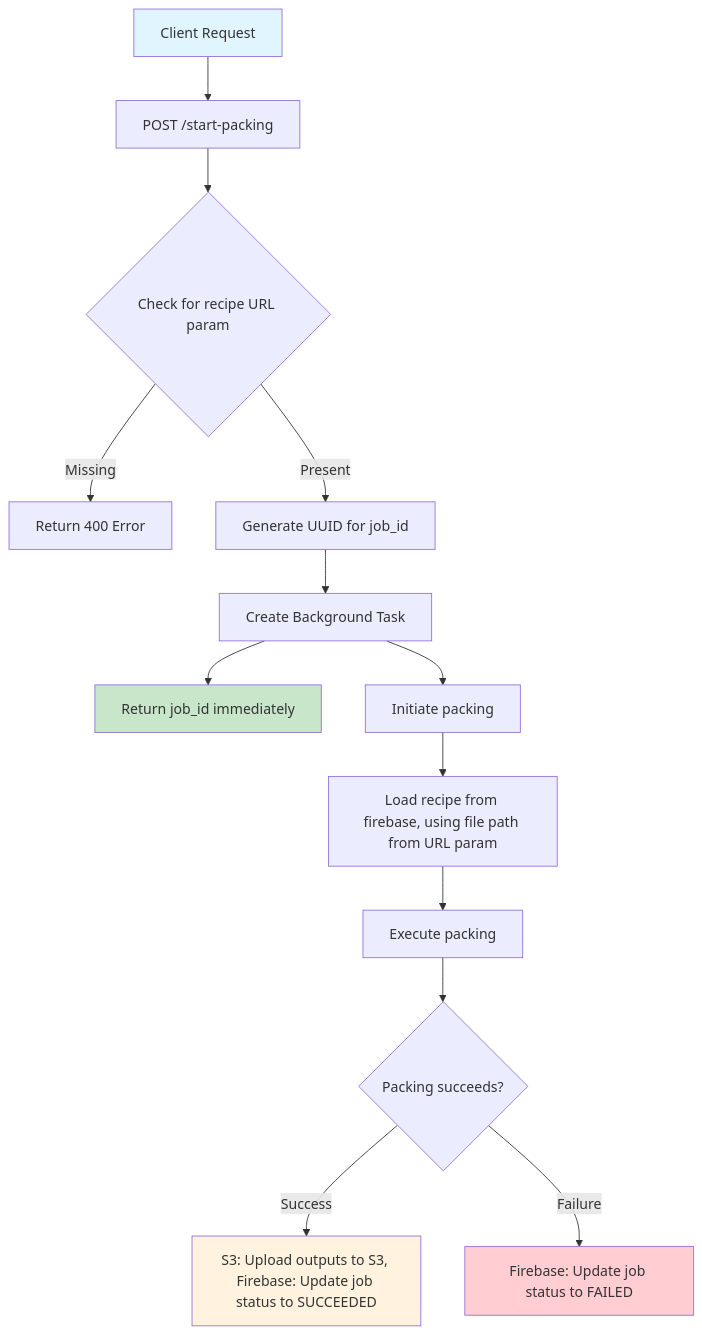
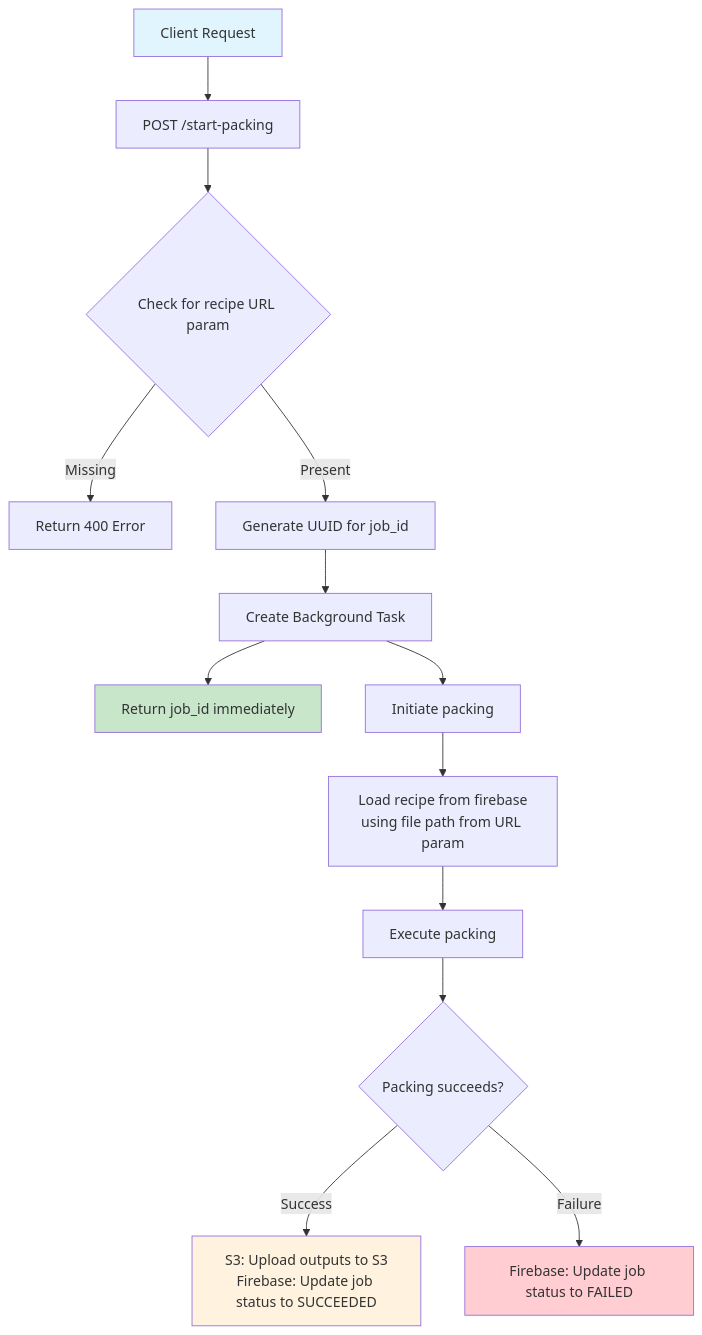
The first of 2 diagrams in server_workflow_diagram.md (mesoscope/cellpack), drawn with Mermaid before and after one commit. The commit also changed other lines of this file, not shown here.

````diff
--- a/server_workflow_diagram.md
+++ b/server_workflow_diagram.md
@@ -8,20 +8,20 @@
 ```mermaid
 graph TD
     A[Client Request] --> B[POST /start-packing]
     B --> C{Check for recipe URL param}
     C -->|Missing| D[Return 400 Error]
     C -->|Present| E[Generate UUID for job_id]
     E --> F[Create Background Task]
     F --> G[Return job_id immediately]
     F --> I[Initiate packing]
-    I --> J[Load recipe from firebase, using file path from URL param]
+    I --> J[Load recipe from firebase<br>using file path from URL param]
     J --> K[Execute packing]
     K --> L{Packing succeeds?}
-    L -->|Success| M[S3: Upload outputs to S3, Firebase: Update job status to SUCCEEDED]
+    L -->|Success| M[S3: Upload outputs to S3<br>Firebase: Update job status to SUCCEEDED]
     L -->|Failure| N[Firebase: Update job status to FAILED]
     
     style A fill:#e1f5fe
     style G fill:#c8e6c9
     style M fill:#fff3e0
     style N fill:#ffcdd2
 ```
````
